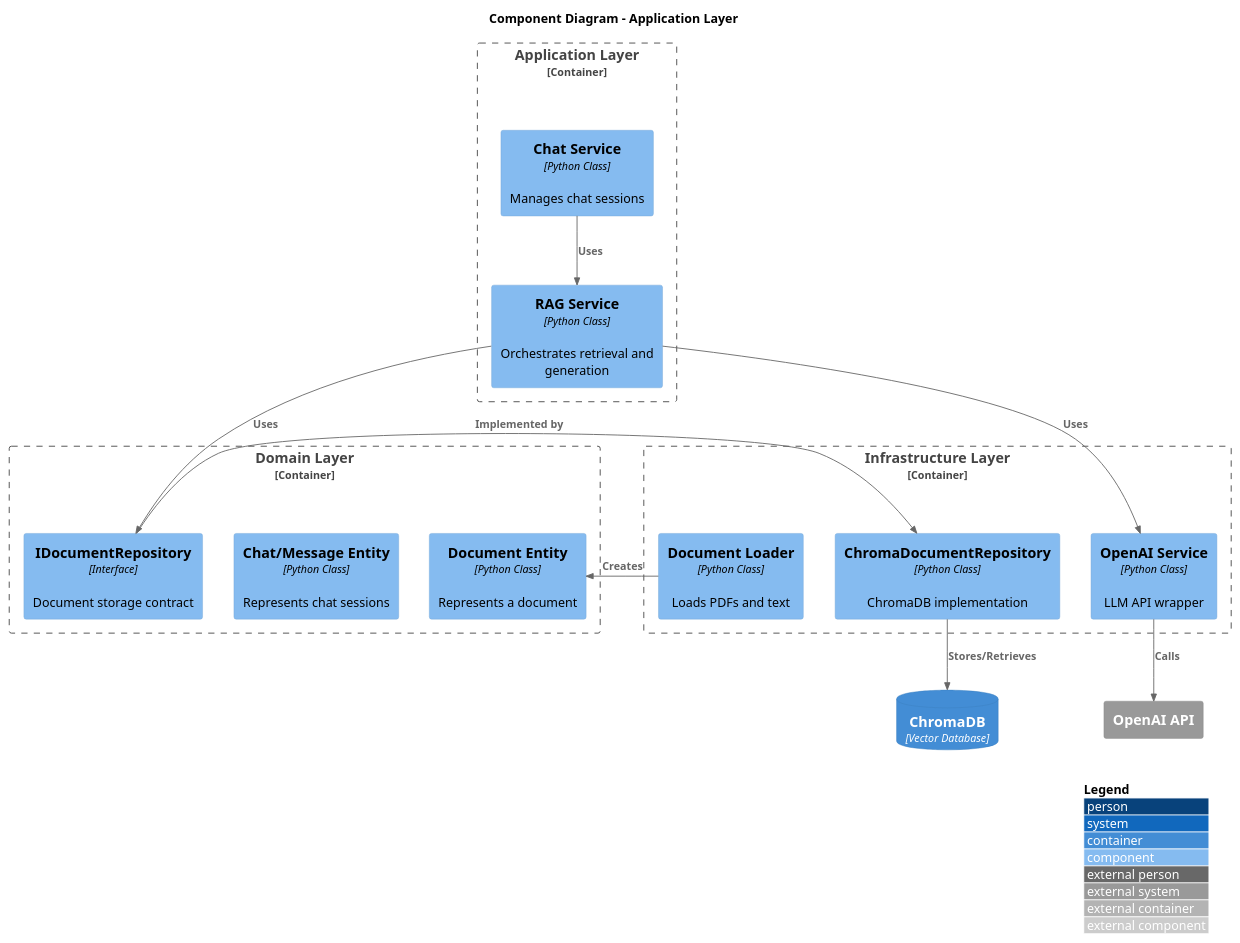
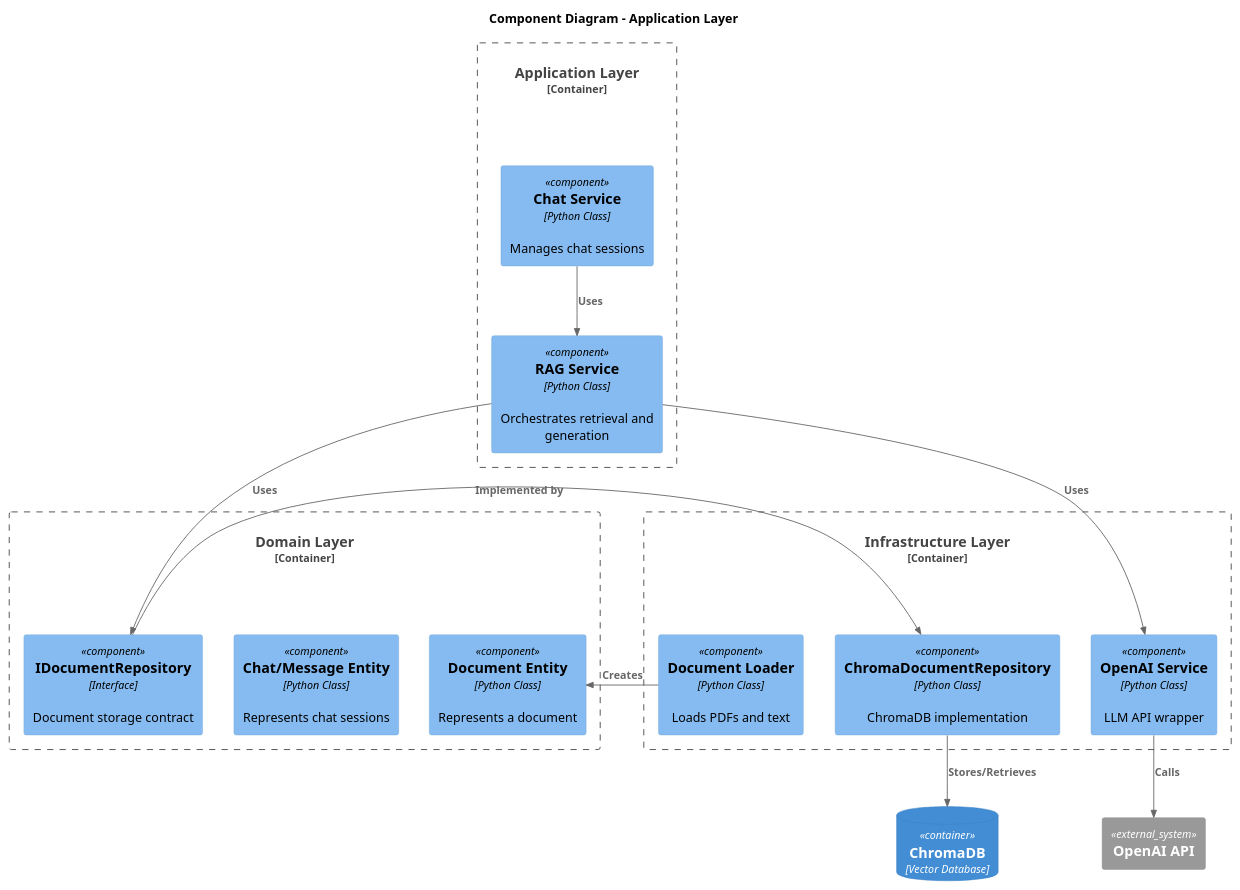
The diagram in docs/architecture/c4_component.puml (aselai-cpu/RAG), drawn with PlantUML before and after one commit. The commit also changed 18 other files, not shown here.

```diff
--- a/docs/architecture/c4_component.puml
+++ b/docs/architecture/c4_component.puml
@@ -1,36 +1,34 @@
 @startuml C4_Component
 !include https://raw.githubusercontent.com/plantuml-stdlib/C4-PlantUML/master/C4_Component.puml
-
-LAYOUT_WITH_LEGEND()
 
 title Component Diagram - Application Layer
 
 Container_Boundary(app_layer, "Application Layer") {
     Component(rag_service, "RAG Service", "Python Class", "Orchestrates retrieval and generation")
     Component(chat_service, "Chat Service", "Python Class", "Manages chat sessions")
 }
 
 Container_Boundary(domain, "Domain Layer") {
     Component(document_entity, "Document Entity", "Python Class", "Represents a document")
     Component(chat_entity, "Chat/Message Entity", "Python Class", "Represents chat sessions")
     Component(doc_repo_interface, "IDocumentRepository", "Interface", "Document storage contract")
 }
 
 Container_Boundary(infra, "Infrastructure Layer") {
     Component(chroma_repo, "ChromaDocumentRepository", "Python Class", "ChromaDB implementation")
     Component(openai_service, "OpenAI Service", "Python Class", "LLM API wrapper")
     Component(doc_loader, "Document Loader", "Python Class", "Loads PDFs and text")
 }
 
 ContainerDb(chroma, "ChromaDB", "Vector Database")
 System_Ext(openai_api, "OpenAI API")
 
 Rel(rag_service, doc_repo_interface, "Uses")
 Rel(rag_service, openai_service, "Uses")
 Rel(chat_service, rag_service, "Uses")
 Rel(doc_repo_interface, chroma_repo, "Implemented by")
 Rel(chroma_repo, chroma, "Stores/Retrieves")
 Rel(openai_service, openai_api, "Calls")
 Rel(doc_loader, document_entity, "Creates")
 
 @enduml
```
